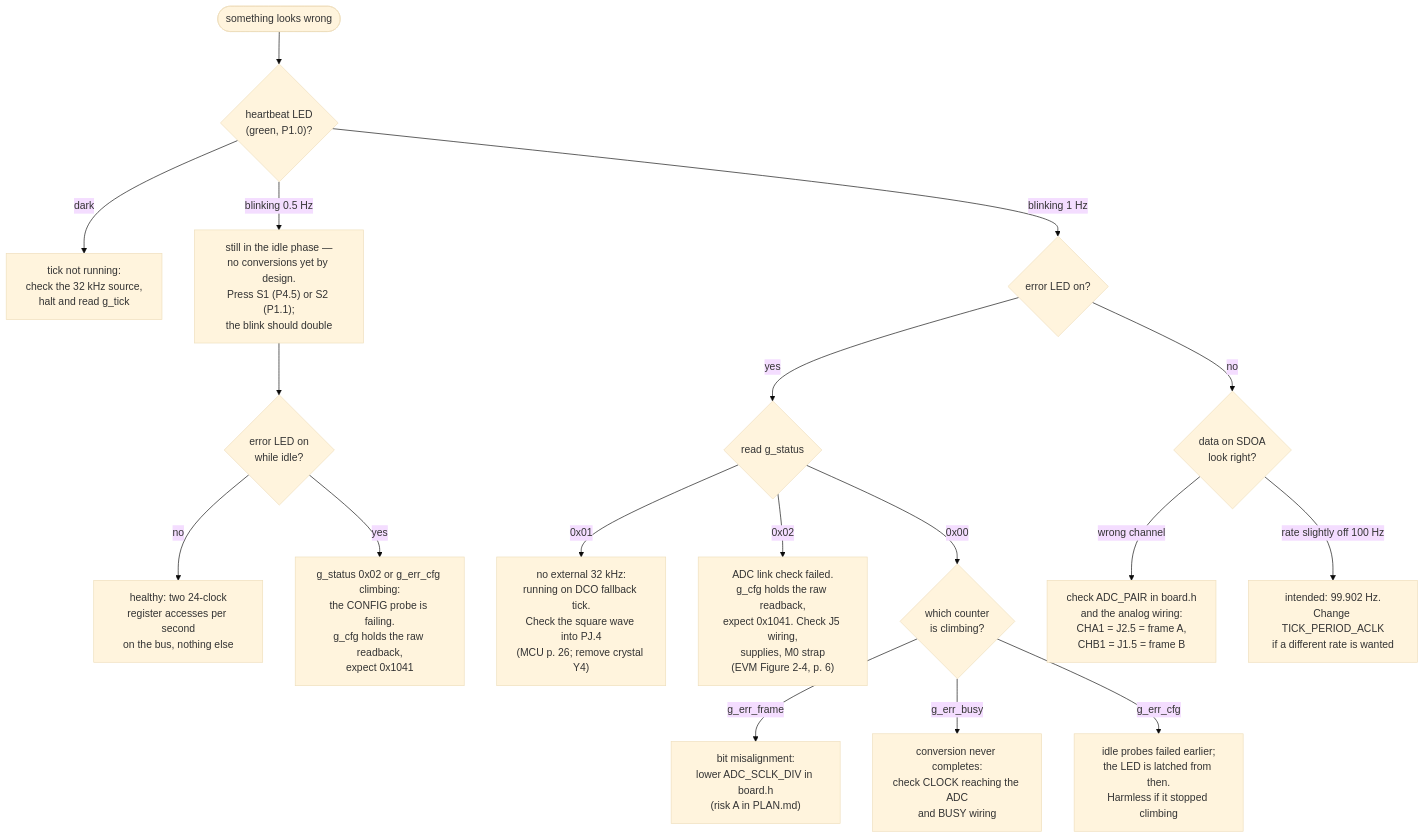
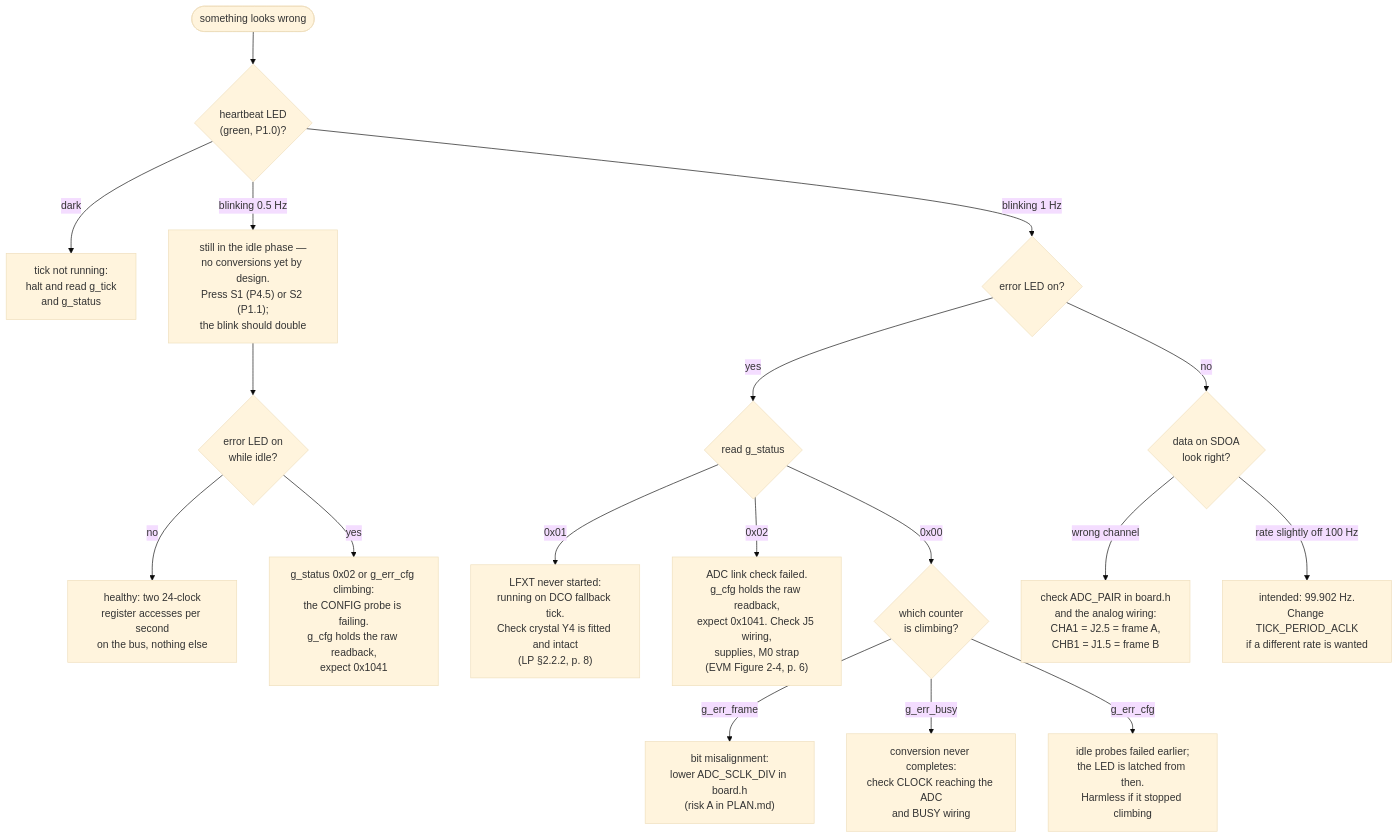
Diagram 13 of 13 in docs/DESIGN.md (S-OConnor/MSP430_TestRepo), drawn with Mermaid (base theme) before and after one commit. The commit also changed other lines of this file, not shown here.

````diff
--- a/docs/DESIGN.md
+++ b/docs/DESIGN.md
@@ -1256,26 +1270,26 @@
 ```mermaid
 flowchart TD
     START([something looks wrong]) --> HB{"heartbeat LED<br/>(green, P1.0)?"}
 
-    HB -->|dark| NOTICK["tick not running:<br/>check the 32 kHz source,<br/>halt and read g_tick"]
+    HB -->|dark| NOTICK["tick not running:<br/>halt and read g_tick<br/>and g_status"]
     HB -->|"blinking 0.5 Hz"| IDLE["still in the idle phase —<br/>no conversions yet by design.<br/>Press S1 (P4.5) or S2 (P1.1);<br/>the blink should double"]
     HB -->|"blinking 1 Hz"| ERRLED{"error LED on?"}
 
     IDLE --> IDLEERR{"error LED on<br/>while idle?"}
     IDLEERR -->|no| WAIT["healthy: two 24-clock<br/>register accesses per second<br/>on the bus, nothing else"]
     IDLEERR -->|yes| CFG["g_status 0x02 or g_err_cfg climbing:<br/>the CONFIG probe is failing.<br/>g_cfg holds the raw readback,<br/>expect 0x1041"]
 
     ERRLED -->|no| DATA{"data on SDOA<br/>look right?"}
     ERRLED -->|yes| STATUS{"read g_status"}
 
-    STATUS -->|0x01| S1["no external 32 kHz:<br/>running on DCO fallback tick.<br/>Check the square wave into PJ.4<br/>(MCU p. 26; remove crystal Y4)"]
+    STATUS -->|0x01| S1["LFXT never started:<br/>running on DCO fallback tick.<br/>Check crystal Y4 is fitted and intact<br/>(LP §2.2.2, p. 8)"]
     STATUS -->|0x02| S2["ADC link check failed.<br/>g_cfg holds the raw readback,<br/>expect 0x1041. Check J5 wiring,<br/>supplies, M0 strap<br/>(EVM Figure 2-4, p. 6)"]
     STATUS -->|0x00| S0{"which counter<br/>is climbing?"}
 
     S0 -->|g_err_frame| FRAME["bit misalignment:<br/>lower ADC_SCLK_DIV in board.h<br/>(risk A in PLAN.md)"]
     S0 -->|g_err_busy| BUSY["conversion never completes:<br/>check CLOCK reaching the ADC<br/>and BUSY wiring"]
     S0 -->|g_err_cfg| CFG2["idle probes failed earlier;<br/>the LED is latched from then.<br/>Harmless if it stopped climbing"]
 
     DATA -->|"wrong channel"| CHAN["check ADC_PAIR in board.h<br/>and the analog wiring:<br/>CHA1 = J2.5 = frame A,<br/>CHB1 = J1.5 = frame B"]
     DATA -->|"rate slightly off 100 Hz"| RATE["intended: 99.902 Hz.<br/>Change TICK_PERIOD_ACLK<br/>if a different rate is wanted"]
 ```
````
